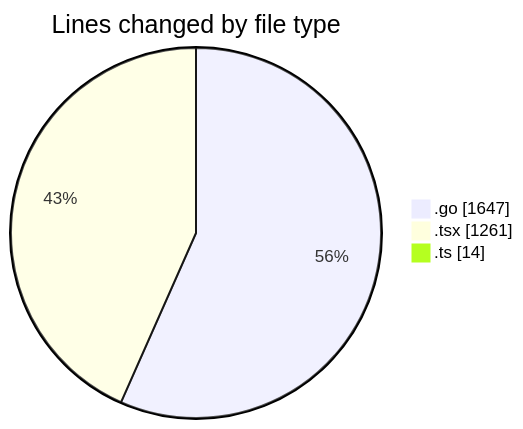
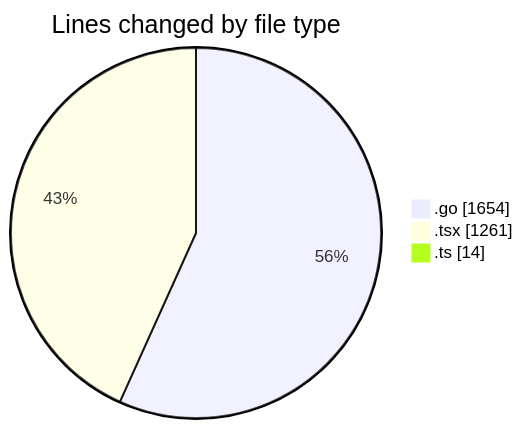
One commit to robertbonfada/code-tracking changed the first of 2 diagrams in 2025-03-05/termonied_testador/README.md. Above: the diagram before and after it, drawn with Mermaid. The commit also changed other lines of this file and 1 other file, not shown here.

````diff
--- a/2025-03-05/termonied_testador/README.md
+++ b/2025-03-05/termonied_testador/README.md
@@ -31,7 +31,7 @@
 ```mermaid
 pie showData
 title Lines changed by file type
-".go" : 1647
+".go" : 1654
 ".tsx" : 1261
 ".ts" : 14
 ```
````
